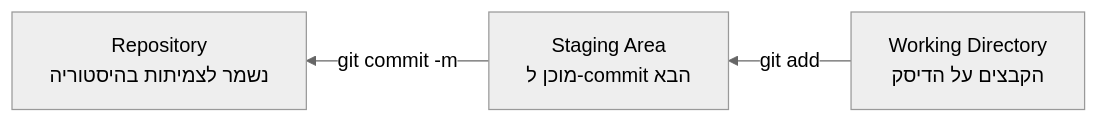
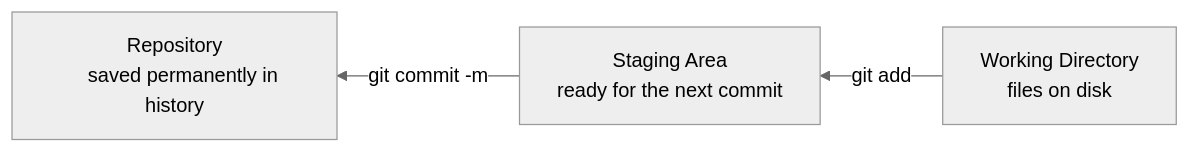
Before and after one commit to neriyaMalachi/FullStack_kodkode_5: the diagram in content/docs/git/15-git-basics-content.md, drawn with Mermaid (neutral theme). The commit also changed other lines of this file and 117 other files, not shown here.

````diff
--- a/content/docs/git/15-git-basics-content.md
+++ b/content/docs/git/15-git-basics-content.md
@@ -46,8 +46,8 @@
 ```mermaid
 flowchart RL
     A["Working Directory
-    הקבצים על הדיסק"] -->|"git add"| B["Staging Area
-    מוכן ל-commit הבא"]
+    files on disk"] -->|"git add"| B["Staging Area
+    ready for the next commit"]
     B -->|"git commit -m"| C["Repository
-    נשמר לצמיתות בהיסטוריה"]
+    saved permanently in history"]
 ```
````
